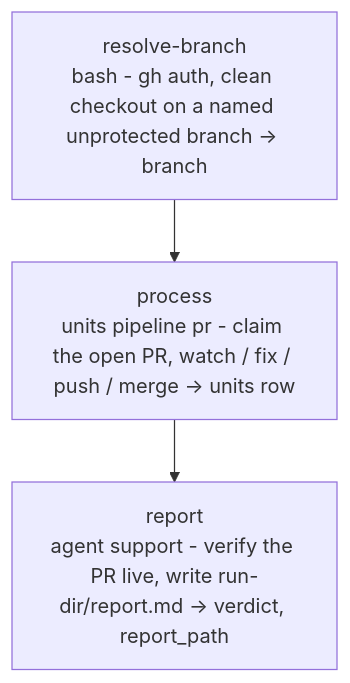
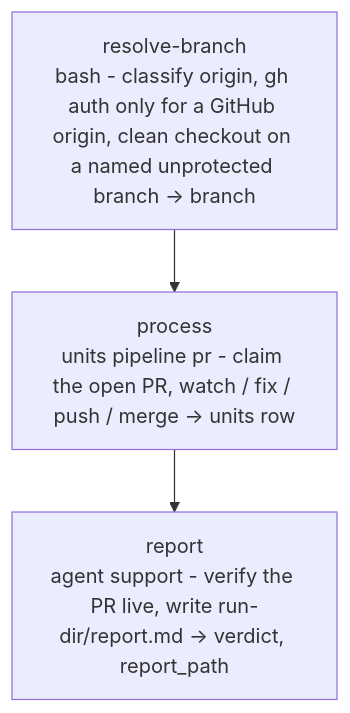
The diagram in plugins/wise/workflows/pr-watch/README.md (e1024kb/wise-claude), drawn with Mermaid before and after one commit. The commit also changed other lines of this file and 23 other files, not shown here.

First line of the commit message:
#88: Feedback: Make GitHub PR steps optional when the project has no GitHub remote (#89)

````diff
--- a/plugins/wise/workflows/pr-watch/README.md
+++ b/plugins/wise/workflows/pr-watch/README.md
@@ -44,5 +46,5 @@
 ```mermaid
 flowchart TD
-    A[resolve-branch<br/>bash - gh auth, clean checkout on a named unprotected branch -> branch] --> B[process<br/>units pipeline pr - claim the open PR, watch / fix / push / merge -> units row]
+    A[resolve-branch<br/>bash - classify origin, gh auth only for a GitHub origin, clean checkout on a named unprotected branch -> branch] --> B[process<br/>units pipeline pr - claim the open PR, watch / fix / push / merge -> units row]
     B --> C[report<br/>agent support - verify the PR live, write run-dir/report.md -> verdict, report_path]
 ```
````
